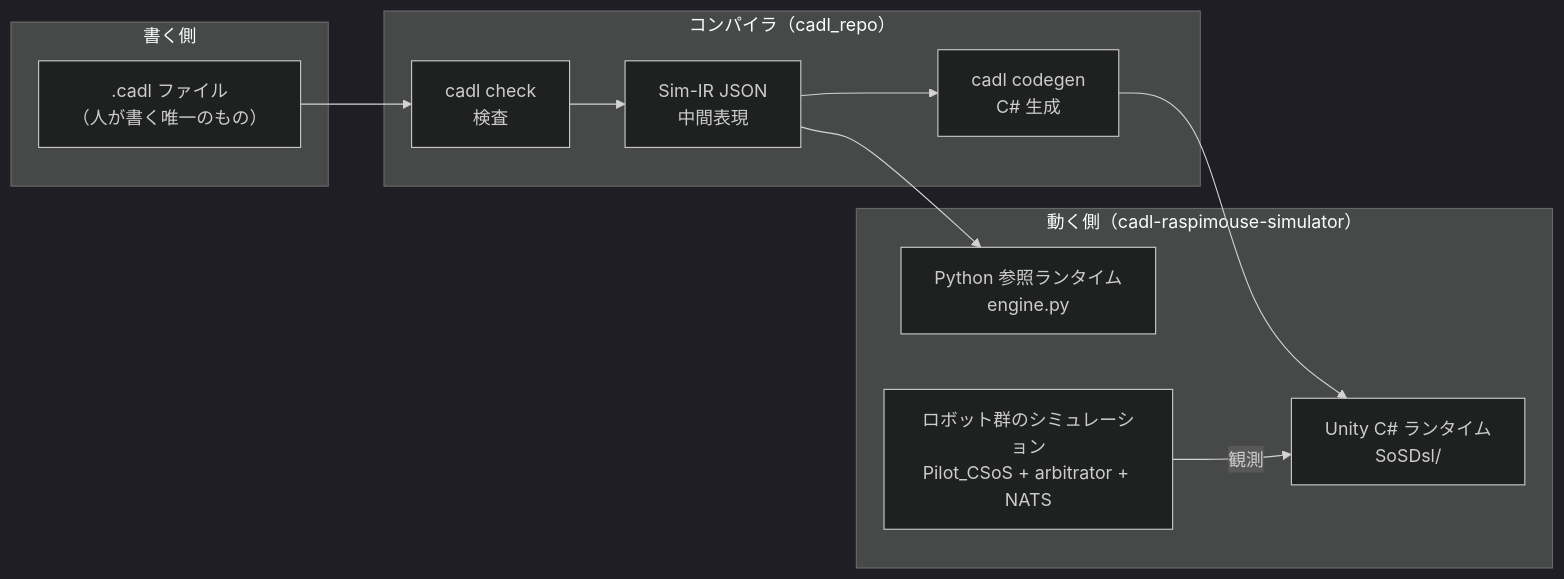
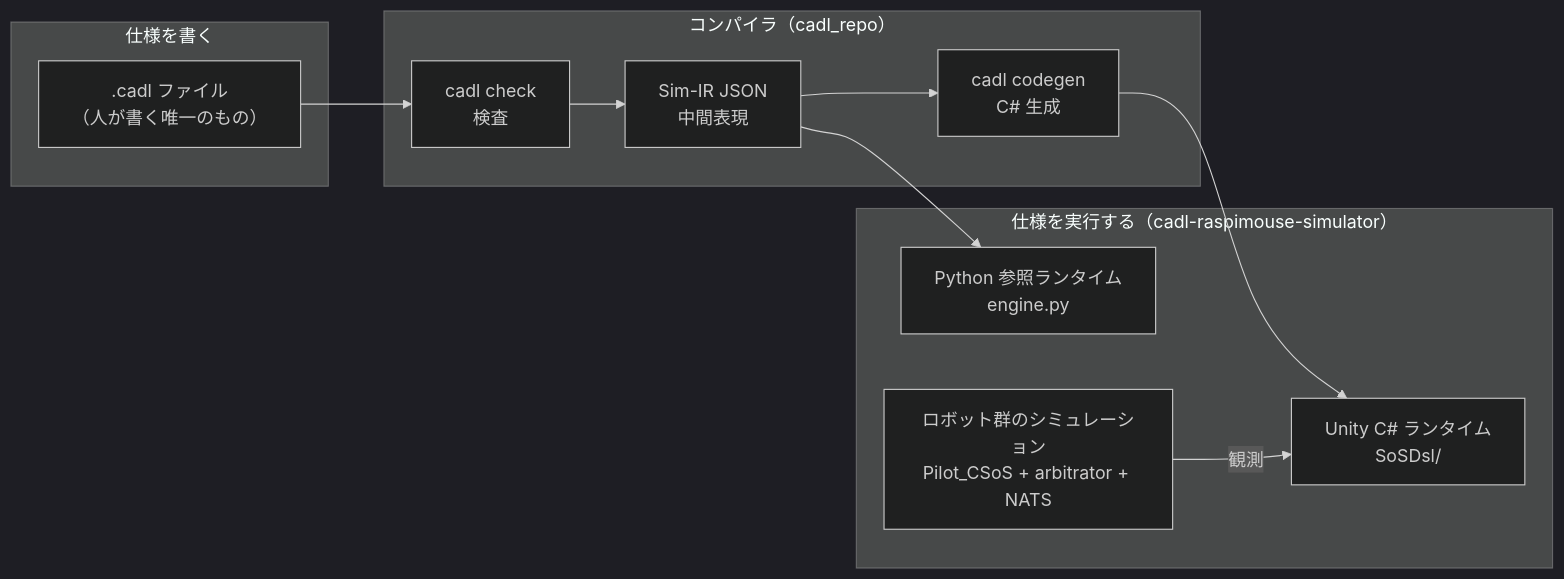
Before and after one commit to ertlnagoya/cadl-spec: the diagram in i18n/ja/docusaurus-plugin-content-docs/current/textbook/02-toolchain-setup.md, drawn with Mermaid (dark theme). The commit also changed other lines of this file and 3 other files, not shown here.

````diff
--- a/i18n/ja/docusaurus-plugin-content-docs/current/textbook/02-toolchain-setup.md
+++ b/i18n/ja/docusaurus-plugin-content-docs/current/textbook/02-toolchain-setup.md
@@ -49,20 +49,20 @@
 ```mermaid
 flowchart LR
-  subgraph A["書く側"]
+  subgraph A["仕様を書く"]
     CADL[".cadl ファイル<br/>（人が書く唯一のもの）"]
   end
   subgraph B["コンパイラ（cadl_repo）"]
     CHECK[cadl check<br/>検査]
     IR["Sim-IR JSON<br/>中間表現"]
     GEN[cadl codegen<br/>C# 生成]
   end
-  subgraph C["動く側（cadl-raspimouse-simulator）"]
+  subgraph C["仕様を実行する（cadl-raspimouse-simulator）"]
     PY["Python 参照ランタイム<br/>engine.py"]
     UN["Unity C# ランタイム<br/>SoSDsl/"]
     SIM["ロボット群のシミュレーション<br/>Pilot_CSoS + arbitrator + NATS"]
   end
   CADL --> CHECK --> IR
   IR --> PY
   IR --> GEN --> UN
   SIM -->|観測| UN
 ```
````
